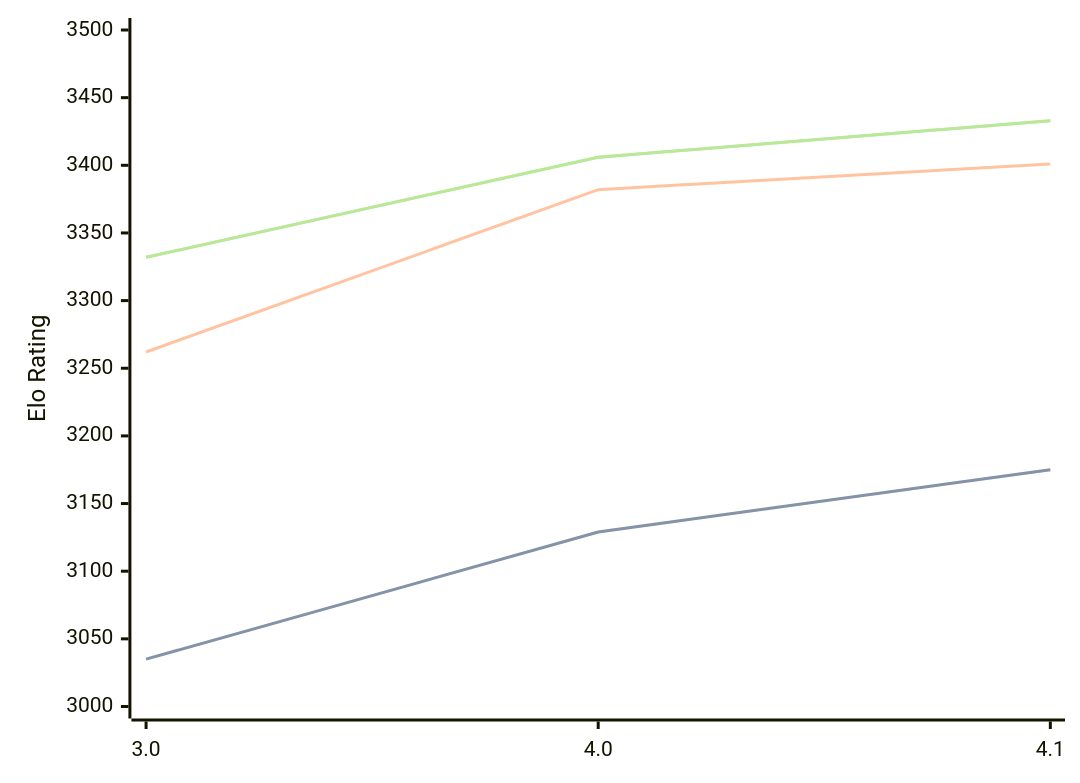
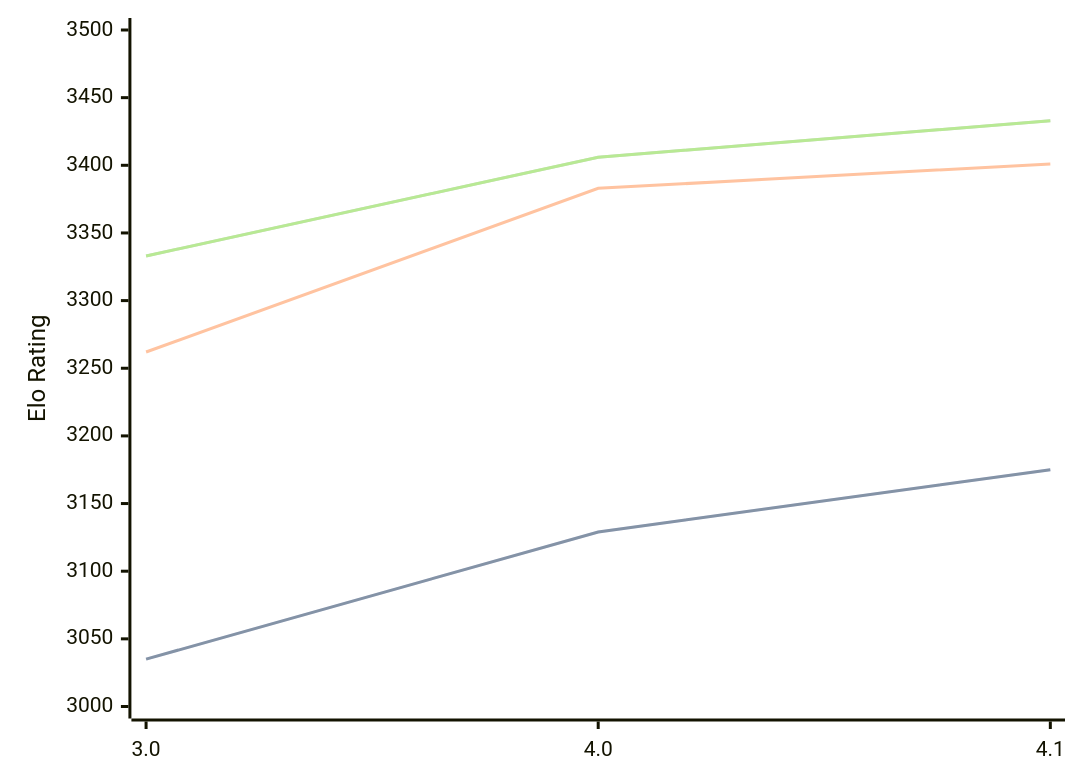
The diagram in engines/Eleanor.md (computer-chess-index/cci), drawn with Mermaid before and after one commit. The commit also changed other lines of this file, not shown here.

Commit message:
Update CCI Ratings (ELO VLTC) - 2026-10-07

````diff
--- a/engines/Eleanor.md
+++ b/engines/Eleanor.md
@@ -33,11 +33,11 @@
 ```mermaid
 %%{init: {"theme":"base","themeVariables":{"seriesColors:['#a3a3a3','#222221','#faa371']}}}%%
 xychart-beta
   x-axis ["3.0", "4.0", "4.1"]
   y-axis "Elo Rating" 3000 --> 3500
   line "" [3035, 3129, 3175]
   line "STC (8.0+0.08s)" [3035, 3129, 3175]
-  line "LTC (60.0+0.60s)" [3262, 3382, 3401]
-  line "" [3332, 3406, 3433]
-  line "VLTC (2m24s+1.12s)" [3332, 3406, 3433]
+  line "LTC (60.0+0.60s)" [3262, 3383, 3401]
+  line "" [3333, 3406, 3433]
+  line "VLTC (2m24s+1.12s)" [3333, 3406, 3433]
 ```
````
